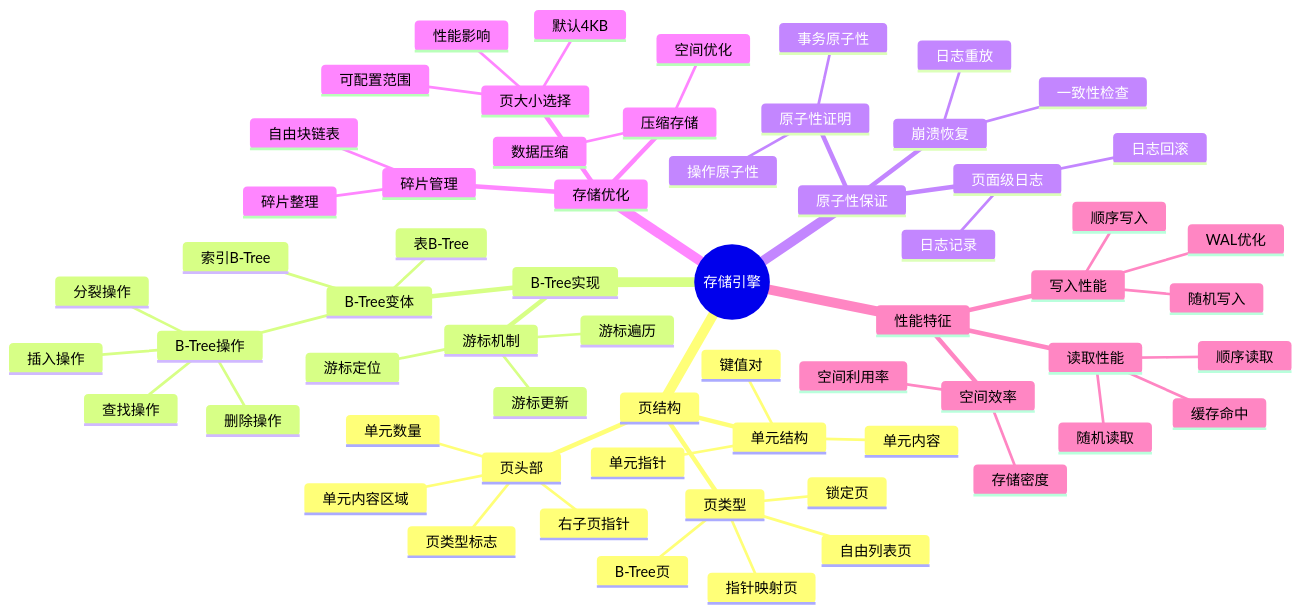
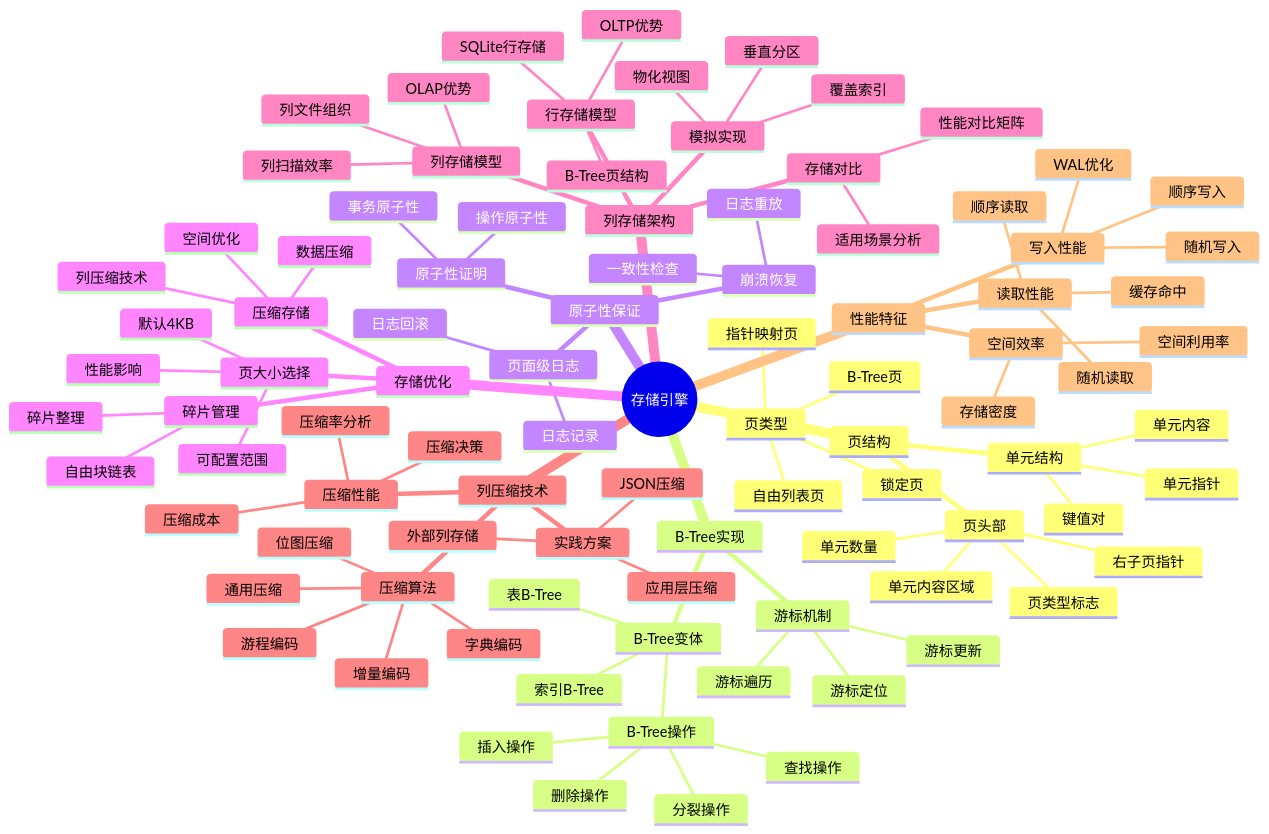
The diagram in Sqlite/01-核心架构/01.03-存储引擎.md (AdaMartin18010/Data-Science), drawn with Mermaid before and after one commit. The commit also changed other lines of this file and 48 other files, not shown here.

```diff
--- a/Sqlite/01-核心架构/01.03-存储引擎.md
+++ b/Sqlite/01-核心架构/01.03-存储引擎.md
@@ -117,6 +135,38 @@
       压缩存储
         数据压缩
         空间优化
+        列压缩技术
+    列存储架构
+      行存储模型
+        SQLite行存储
+        B-Tree页结构
+        OLTP优势
+      列存储模型
+        列文件组织
+        列扫描效率
+        OLAP优势
+      存储对比
+        性能对比矩阵
+        适用场景分析
+      模拟实现
+        垂直分区
+        覆盖索引
+        物化视图
+    列压缩技术
+      压缩算法
+        字典编码
+        游程编码
+        增量编码
+        位图压缩
+        通用压缩
+      压缩性能
+        压缩率分析
+        压缩成本
+        压缩决策
+      实践方案
+        应用层压缩
+        JSON压缩
+        外部列存储
     性能特征
       读取性能
         顺序读取
```
